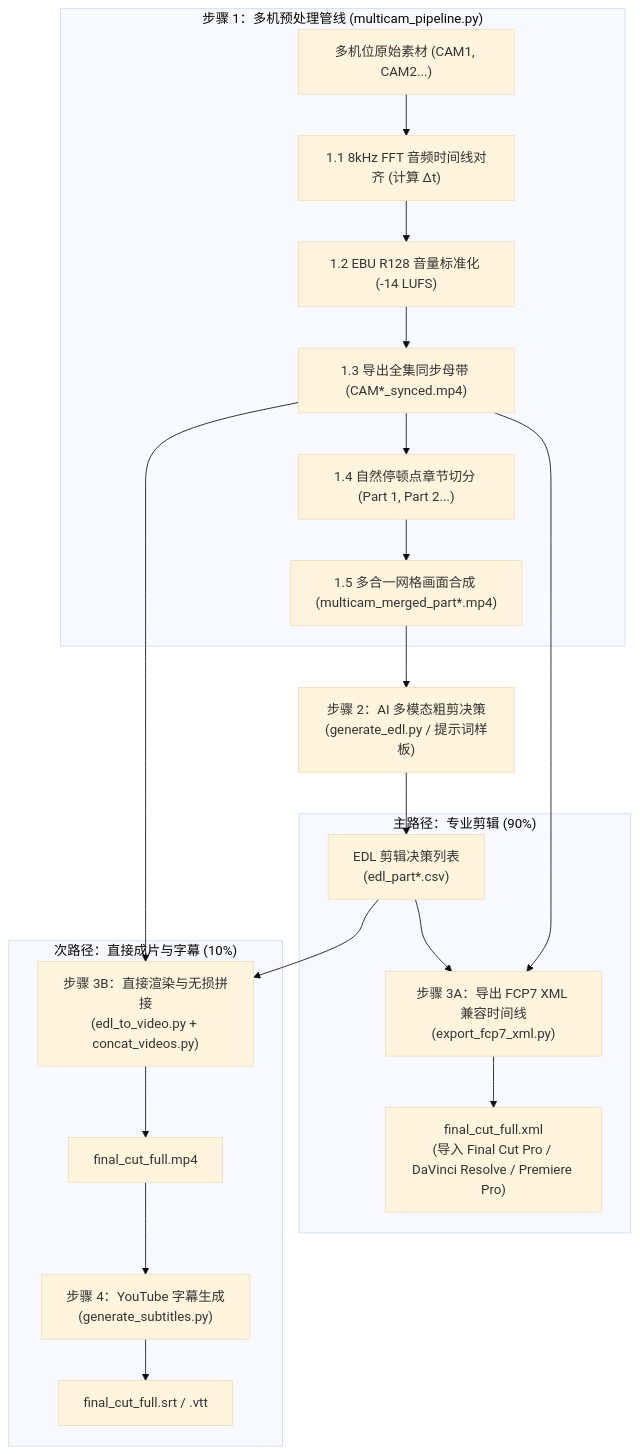
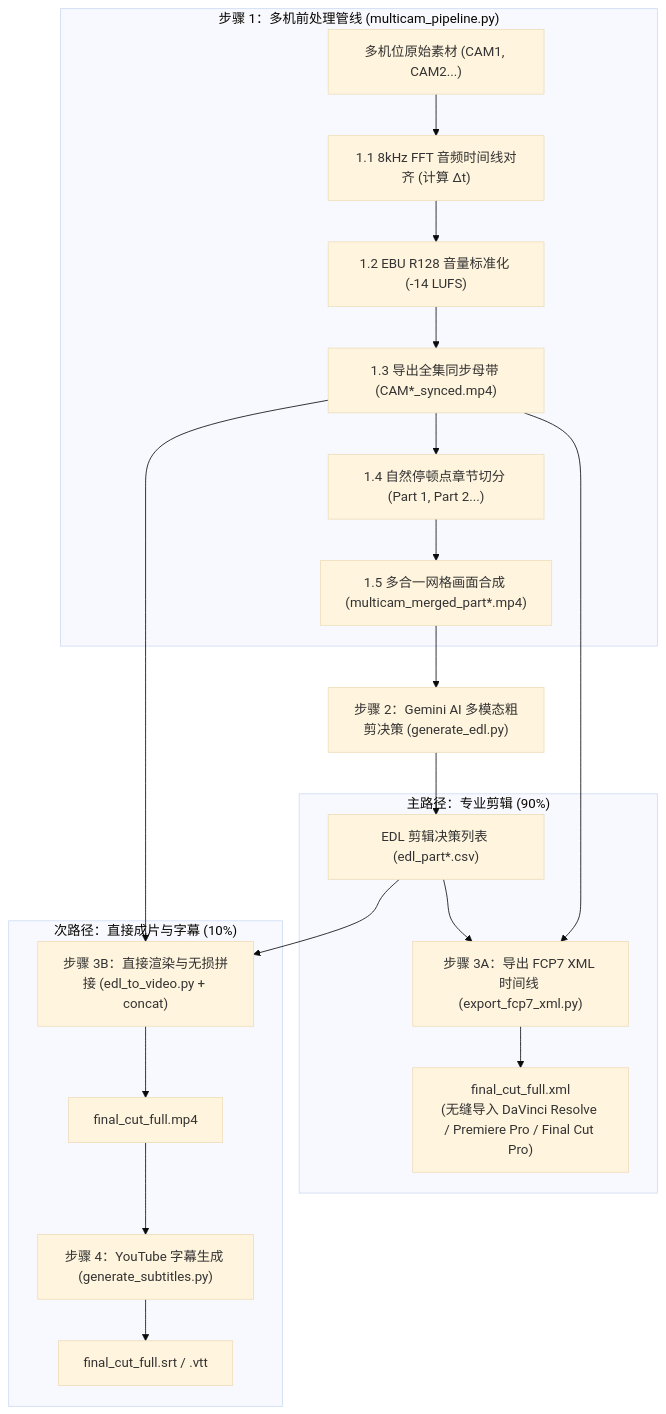
The diagram in README.zh-CN.md (sylphlin/multicam-video-preprocessing), drawn with Mermaid (base theme) before and after one commit. The commit also changed other lines of this file and 8 other files, not shown here.

Commit message:
refactor(docs): orthogonalize rules, workflows, skills, and align READMEs with native Antigravity architecture

````diff
--- a/README.zh-CN.md
+++ b/README.zh-CN.md
@@ -53,27 +55,27 @@
 ```mermaid
 flowchart TD
-    subgraph S1["步骤 1：多机预处理管线 (multicam_pipeline.py)"]
+    subgraph S1["步骤 1：多机前处理管线 (multicam_pipeline.py)"]
         A["多机位原始素材 (CAM1, CAM2...)"] --> S1_1["1.1 8kHz FFT 音频时间线对齐 (计算 Δt)"]
         S1_1 --> S1_2["1.2 EBU R128 音量标准化 (-14 LUFS)"]
         S1_2 --> S1_3["1.3 导出全集同步母带 (CAM*_synced.mp4)"]
         S1_3 --> S1_4["1.4 自然停顿点章节切分 (Part 1, Part 2...)"]
         S1_4 --> S1_5["1.5 多合一网格画面合成 (multicam_merged_part*.mp4)"]
     end
 
-    S1_5 --> S2["步骤 2：AI 多模态粗剪决策<br/>(generate_edl.py / 提示词样板)"]
-    S2 --> EDL["EDL 剪辑决策列表<br/>(edl_part*.csv)"]
+    S1_5 --> S2["步骤 2：Gemini AI 多模态粗剪决策 (generate_edl.py)"]
+    S2 --> EDL["EDL 剪辑决策列表 (edl_part*.csv)"]
 
     subgraph S3A["主路径：专业剪辑 (90%)"]
-        S1_3 --> S3A_ACT["步骤 3A：导出 FCP7 XML 兼容时间线<br/>(export_fcp7_xml.py)"]
+        S1_3 --> S3A_ACT["步骤 3A：导出 FCP7 XML 时间线 (export_fcp7_xml.py)"]
         EDL --> S3A_ACT
-        S3A_ACT --> XML["final_cut_full.xml<br/>(导入 Final Cut Pro / DaVinci Resolve / Premiere Pro)"]
+        S3A_ACT --> XML["final_cut_full.xml<br/>(无缝导入 DaVinci Resolve / Premiere Pro / Final Cut Pro)"]
     end
 
     subgraph S3B["次路径：直接成片与字幕 (10%)"]
-        S1_3 --> S3B_ACT["步骤 3B：直接渲染与无损拼接<br/>(edl_to_video.py + concat_videos.py)"]
+        S1_3 --> S3B_ACT["步骤 3B：直接渲染与无损拼接 (edl_to_video.py + concat)"]
         EDL --> S3B_ACT
         S3B_ACT --> MP4["final_cut_full.mp4"]
-        MP4 --> S4["步骤 4：YouTube 字幕生成<br/>(generate_subtitles.py)"]
+        MP4 --> S4["步骤 4：YouTube 字幕生成 (generate_subtitles.py)"]
         S4 --> SRT["final_cut_full.srt / .vtt"]
     end
 ```
````
